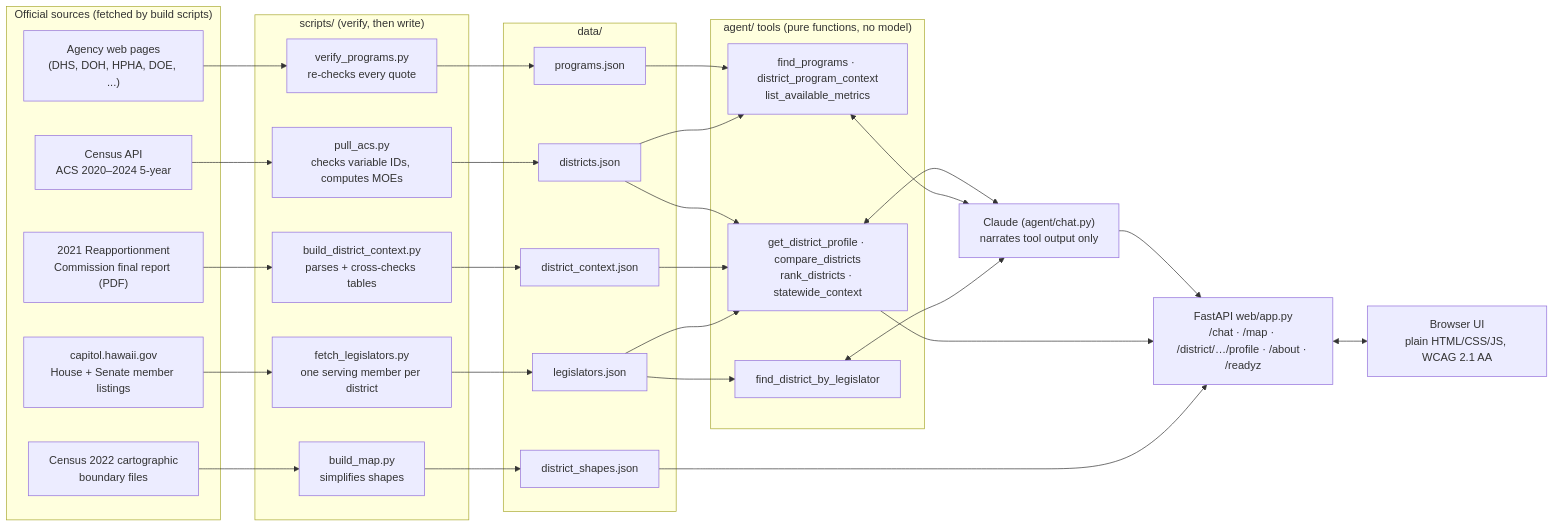
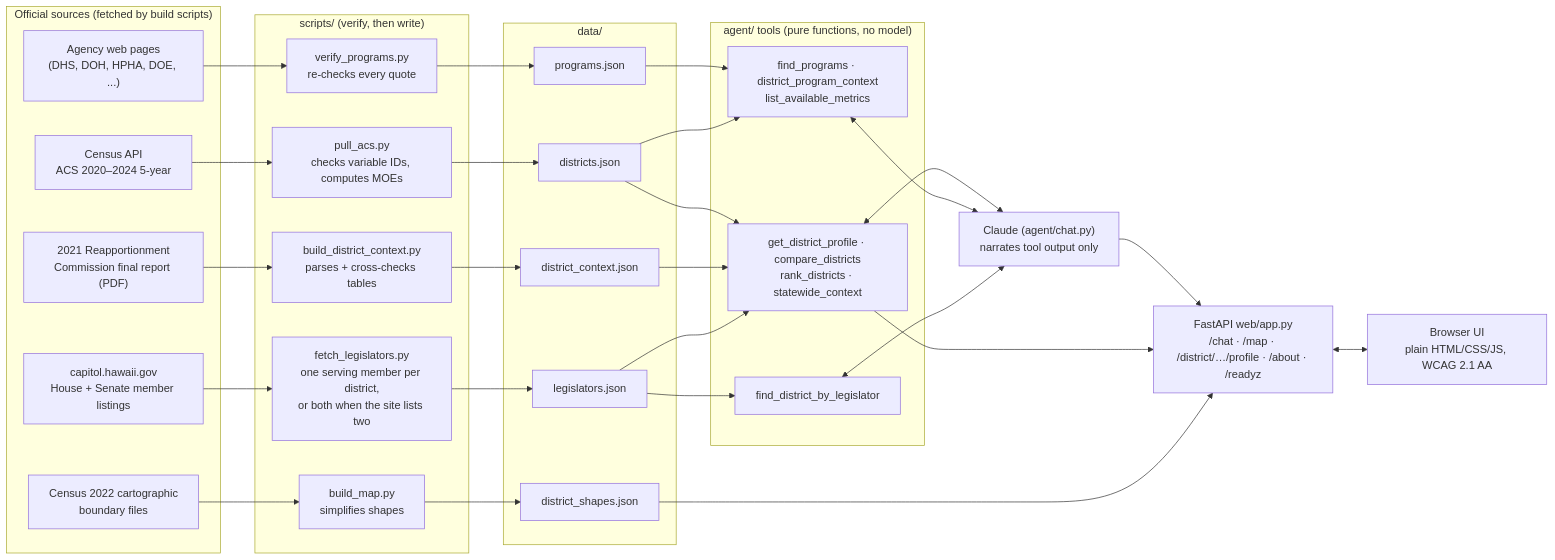
One commit to HAIC-2026/omerta changed the diagram in README.md. Above: the diagram before and after it, drawn with Mermaid. The commit also changed other lines of this file and 12 other files, not shown here.

First line of the commit message:
Roster as listed on Nov 13, 2026: new House members, both names where the site lists two

````diff
--- a/README.md
+++ b/README.md
@@ -36,46 +36,46 @@
 ```mermaid
 flowchart LR
   subgraph Sources["Official sources (fetched by build scripts)"]
     ACS["Census API<br/>ACS 2020–2024 5-year"]
     RC["2021 Reapportionment<br/>Commission final report (PDF)"]
     AG["Agency web pages<br/>(DHS, DOH, HPHA, DOE, ...)"]
     CB["Census 2022 cartographic<br/>boundary files"]
     CAP["capitol.hawaii.gov<br/>House + Senate member listings"]
   end
   subgraph Build["scripts/ (verify, then write)"]
     P1["pull_acs.py<br/>checks variable IDs, computes MOEs"]
     P2["build_district_context.py<br/>parses + cross-checks tables"]
     P3["verify_programs.py<br/>re-checks every quote"]
     P4["build_map.py<br/>simplifies shapes"]
-    P5["fetch_legislators.py<br/>one serving member per district"]
+    P5["fetch_legislators.py<br/>one serving member per district,<br/>or both when the site lists two"]
   end
   subgraph Data["data/"]
     D1[districts.json]
     D2[district_context.json]
     D3[programs.json]
     D4[district_shapes.json]
     D5[legislators.json]
   end
   subgraph Tools["agent/ tools (pure functions, no model)"]
     T1["get_district_profile · compare_districts<br/>rank_districts · statewide_context"]
     T2["find_programs · district_program_context<br/>list_available_metrics"]
     T3["find_district_by_legislator"]
   end
   LLM["Claude (agent/chat.py)<br/>narrates tool output only"]
   WEB["FastAPI web/app.py<br/>/chat · /map · /district/…/profile · /about · /readyz"]
   UI["Browser UI<br/>plain HTML/CSS/JS, WCAG 2.1 AA"]
 
   ACS --> P1 --> D1
   RC --> P2 --> D2
   AG --> P3 --> D3
   CB --> P4 --> D4
   CAP --> P5 --> D5
   D1 & D2 & D5 --> T1
   D3 & D1 --> T2
   D5 --> T3
   T1 & T2 & T3 <--> LLM
   LLM --> WEB
   T1 --> WEB
   D4 --> WEB
   WEB <--> UI
 ```
````
